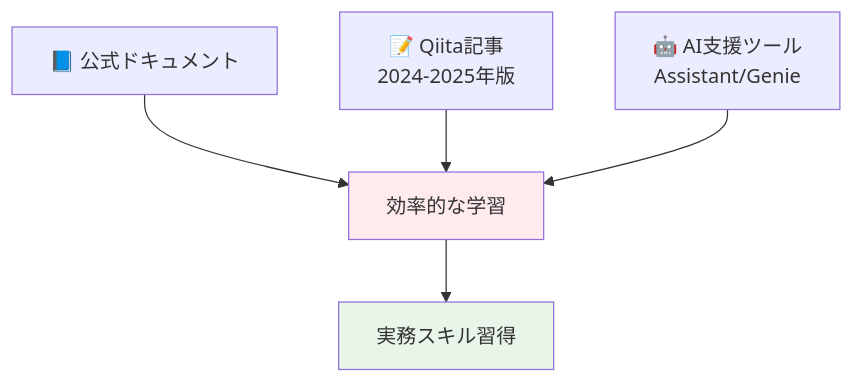
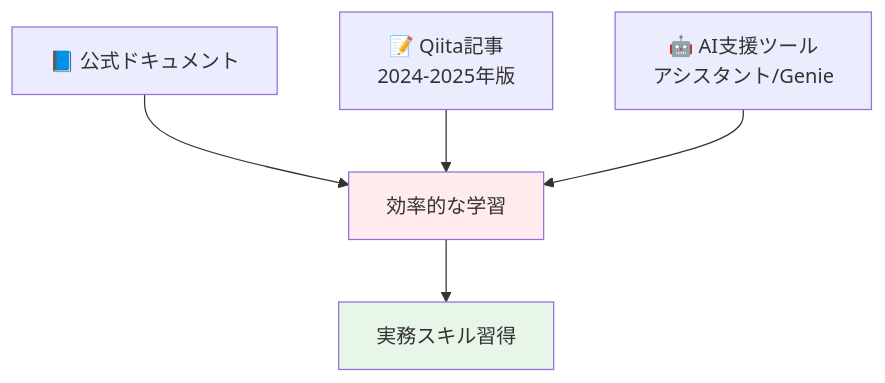
The sixth of 6 diagrams in public/databricks-beginner-learning-path.md (taka-yayoi/qiita-articles), drawn with Mermaid before and after one commit. The commit also changed other lines of this file and 3 other files, not shown here.

````diff
--- a/public/databricks-beginner-learning-path.md
+++ b/public/databricks-beginner-learning-path.md
@@ -858,10 +724,10 @@
 ```mermaid
 graph TD
     A[📘 公式ドキュメント] --> C[効率的な学習]
     B[📝 Qiita記事<br/>2024-2025年版] --> C
-    D[🤖 AI支援ツール<br/>Assistant/Genie] --> C
+    D[🤖 AI支援ツール<br/>アシスタント/Genie] --> C
     C --> E[実務スキル習得]
 
     style C fill:#ffebee
     style E fill:#e8f5e9
 ```
````
